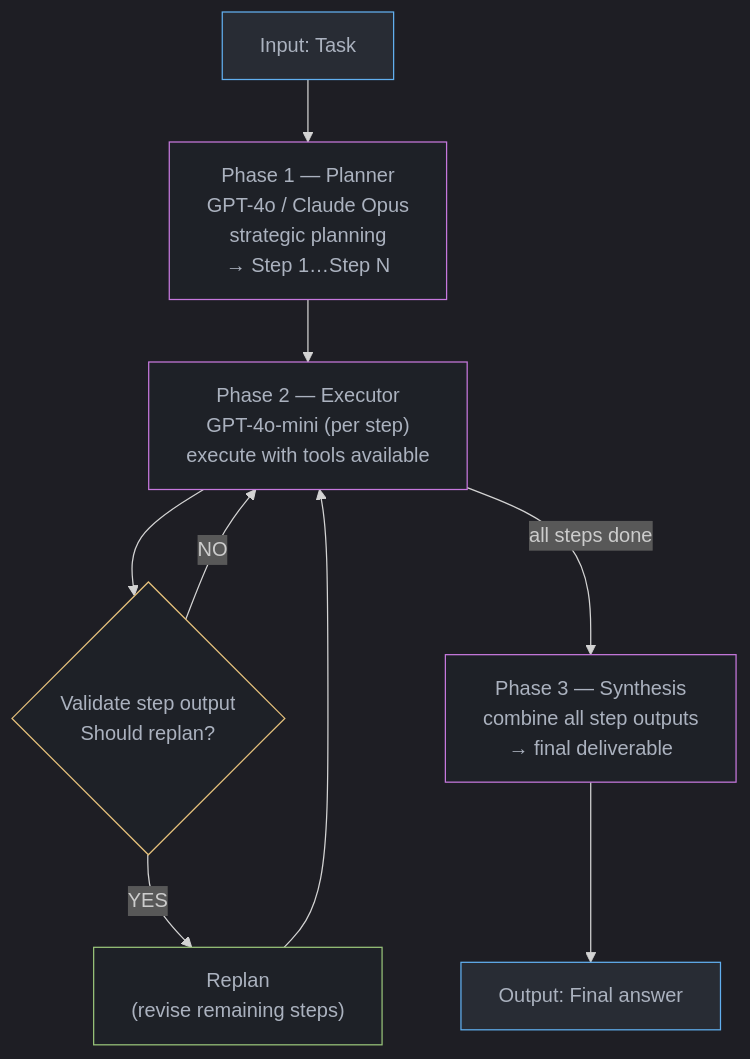
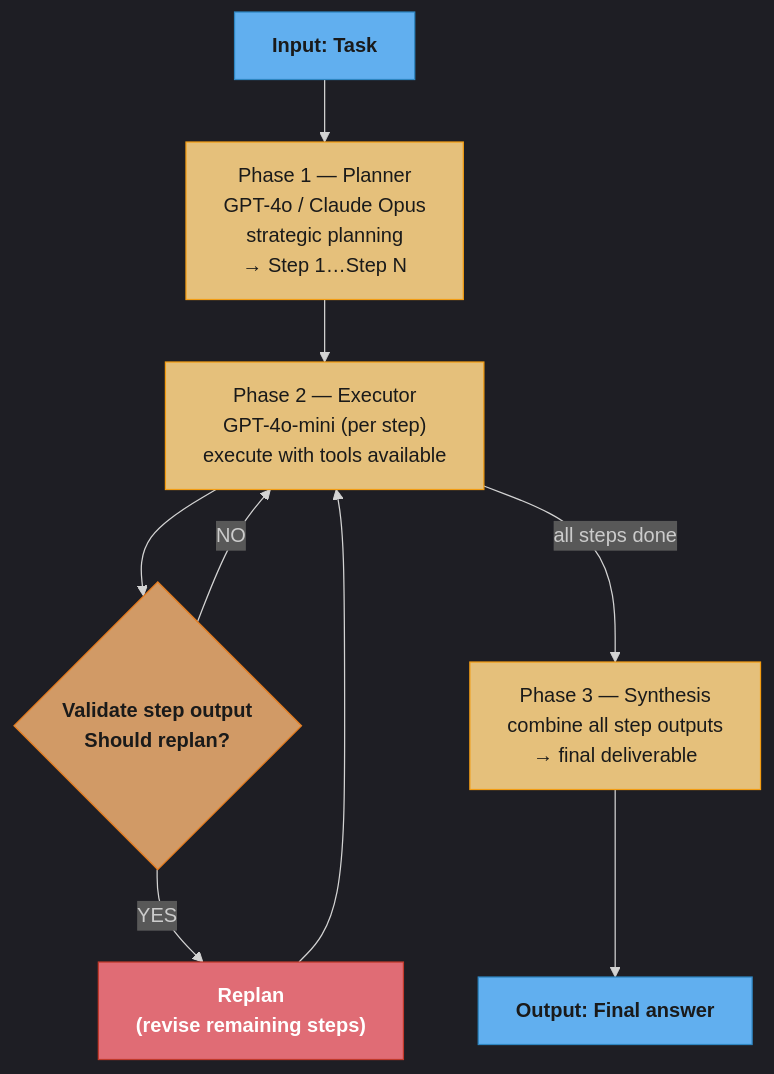
Before and after one commit to rppol/system-design: the diagram in src/main/java/com/rutik/systemdesign/llm/agents_and_tool_use/plan_and_execute.md, drawn with Mermaid. The commit also changed 88 other files, not shown here.

````diff
--- a/src/main/java/com/rutik/systemdesign/llm/agents_and_tool_use/plan_and_execute.md
+++ b/src/main/java/com/rutik/systemdesign/llm/agents_and_tool_use/plan_and_execute.md
@@ -240,26 +240,29 @@
 ```mermaid
 %%{init: {'flowchart': {'curve': 'basis'}, 'theme': 'dark'}}%%
 flowchart TD
-    classDef io     fill:#282c34,stroke:#61afef,color:#abb2bf
-    classDef llm    fill:#1e2127,stroke:#c678dd,color:#abb2bf
-    classDef proc   fill:#1e2127,stroke:#98c379,color:#abb2bf
-    classDef decide fill:#1e2127,stroke:#e5c07b,color:#abb2bf
+    classDef io      fill:#61afef,stroke:#2e86c1,color:#1a1a1a,font-weight:bold
+    classDef frozen  fill:#c678dd,stroke:#9b59b6,color:#fff
+    classDef train   fill:#98c379,stroke:#27ae60,color:#1a1a1a
+    classDef mathOp  fill:#d19a66,stroke:#e67e22,color:#1a1a1a,font-weight:bold
+    classDef lossN   fill:#e06c75,stroke:#c0392b,color:#fff,font-weight:bold
+    classDef req     fill:#56b6c2,stroke:#0097a7,color:#1a1a1a
+    classDef base    fill:#e5c07b,stroke:#f39c12,color:#1a1a1a
 
     TASK["Input: Task"]
     PLAN["Phase 1 — Planner\nGPT-4o / Claude Opus\nstrategic planning\n→ Step 1…Step N"]
     EXEC["Phase 2 — Executor\nGPT-4o-mini (per step)\nexecute with tools available"]
     VAL{"Validate step output\nShould replan?"}
     REPLAN["Replan\n(revise remaining steps)"]
     SYNTH["Phase 3 — Synthesis\ncombine all step outputs\n→ final deliverable"]
     OUT["Output: Final answer"]
 
     TASK --> PLAN --> EXEC --> VAL
     VAL -->|"NO"| EXEC
     VAL -->|"YES"| REPLAN --> EXEC
     EXEC -->|"all steps done"| SYNTH --> OUT
 
     class TASK,OUT io
-    class PLAN,EXEC,SYNTH llm
-    class VAL decide
-    class REPLAN proc
+    class PLAN,EXEC,SYNTH base
+    class VAL mathOp
+    class REPLAN lossN
 ```
````
